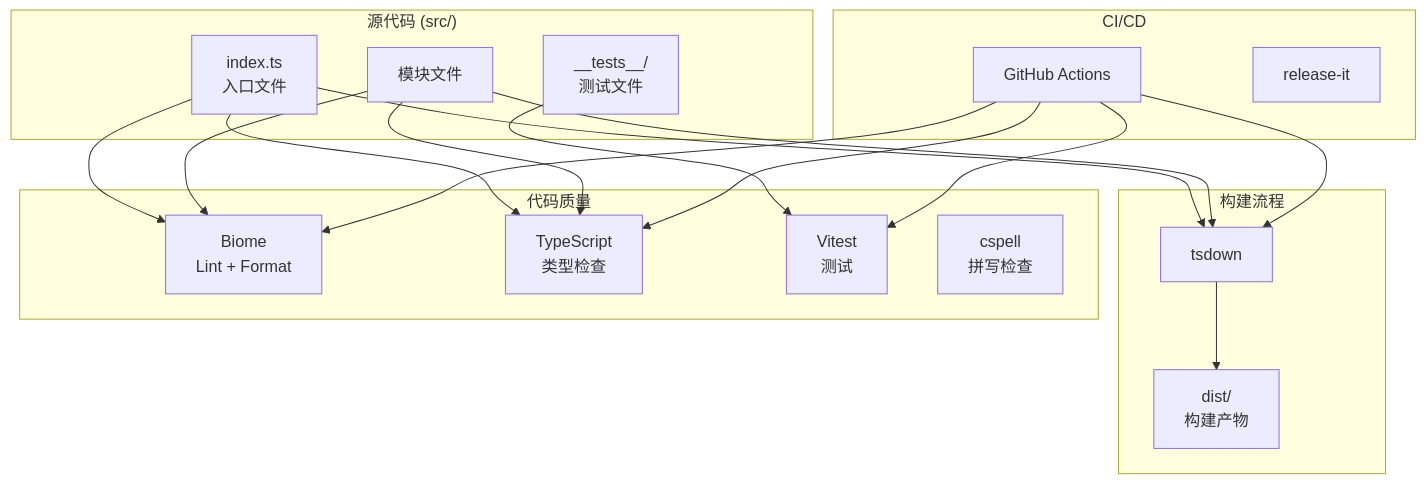
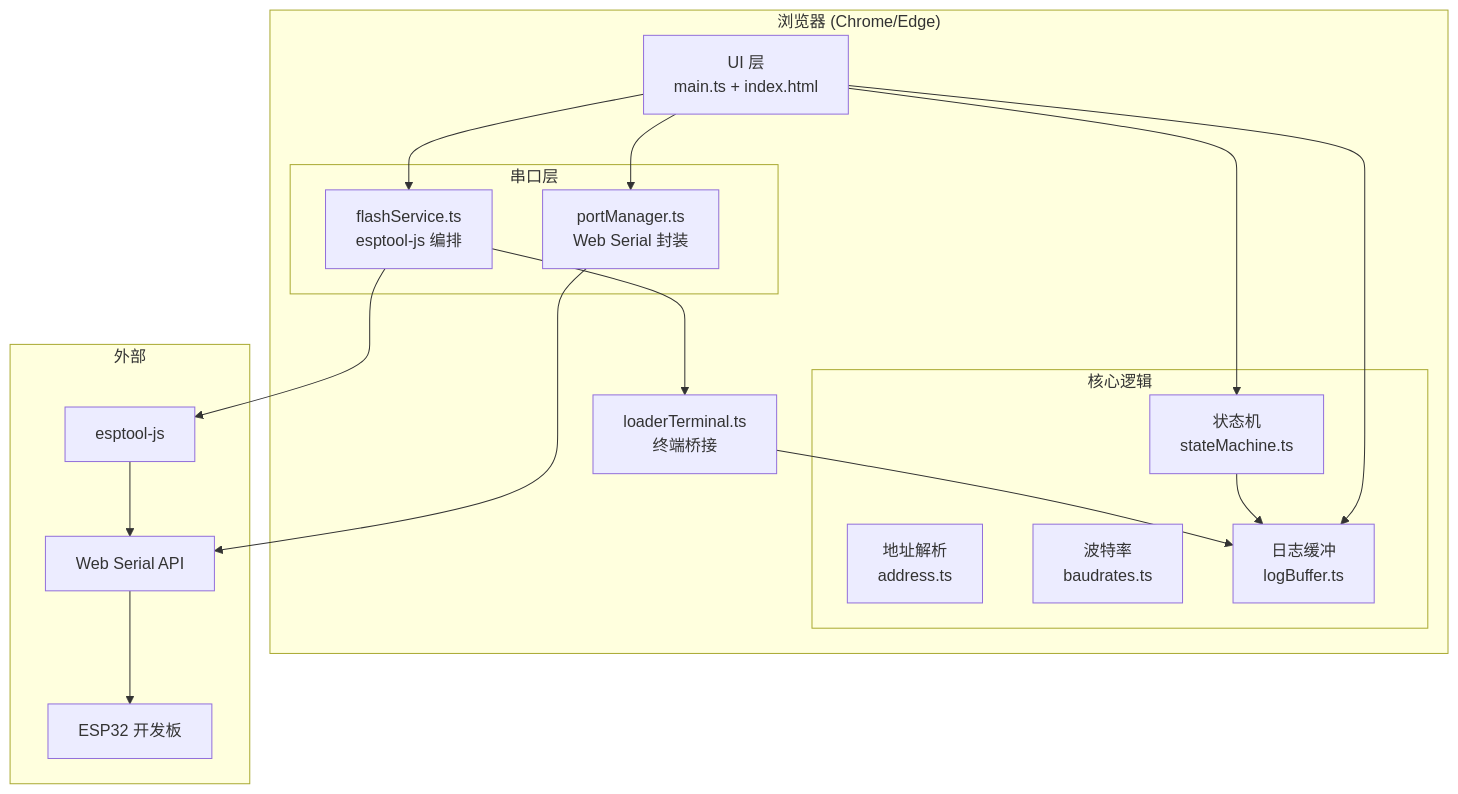
One commit to shenjingnan/flashy changed the first of 3 diagrams in docs/architecture.md. Above: the diagram before and after it, drawn with Mermaid. The commit also changed other lines of this file and 44 other files, not shown here.

````diff
--- a/docs/architecture.md
+++ b/docs/architecture.md
@@ -7,40 +7,35 @@
 ```mermaid
 graph TB
-    subgraph Source["源代码 (src/)"]
-        index["index.ts<br/>入口文件"]
-        modules["模块文件"]
-        tests["__tests__/<br/>测试文件"]
+    subgraph Browser["浏览器 (Chrome/Edge)"]
+        UI["UI 层<br/>main.ts + index.html"]
+        subgraph Core["核心逻辑"]
+            SM["状态机<br/>stateMachine.ts"]
+            ADDR["地址解析<br/>address.ts"]
+            BAUD["波特率<br/>baudrates.ts"]
+            LOG["日志缓冲<br/>logBuffer.ts"]
+        end
+        subgraph SerialLayer["串口层"]
+            PORT["portManager.ts<br/>Web Serial 封装"]
+            FLASH["flashService.ts<br/>esptool-js 编排"]
+        end
+        TERM["loaderTerminal.ts<br/>终端桥接"]
     end
 
-    subgraph Build["构建流程"]
-        tsdown["tsdown"]
-        dist["dist/<br/>构建产物"]
+    subgraph External["外部"]
+        WEBSERIAL["Web Serial API"]
+        ESPTOOL["esptool-js"]
+        BOARD["ESP32 开发板"]
     end
 
-    subgraph Quality["代码质量"]
-        biome["Biome<br/>Lint + Format"]
-        typescript["TypeScript<br/>类型检查"]
-        vitest["Vitest<br/>测试"]
-        cspell["cspell<br/>拼写检查"]
-    end
-
-    subgraph CI["CI/CD"]
-        actions["GitHub Actions"]
-        release["release-it"]
-    end
-
-    index --> tsdown
-    modules --> tsdown
-    tsdown --> dist
-
-    index --> biome
-    modules --> biome
-    tests --> vitest
-    index --> typescript
-    modules --> typescript
-
-    actions --> biome
-    actions --> typescript
-    actions --> vitest
-    actions --> tsdown
+    UI --> SM
+    UI --> PORT
+    UI --> FLASH
+    UI --> LOG
+    SM --> LOG
+    PORT --> WEBSERIAL
+    FLASH --> ESPTOOL
+    ESPTOOL --> WEBSERIAL
+    TERM --> LOG
+    FLASH --> TERM
+    WEBSERIAL --> BOARD
 ```
````
